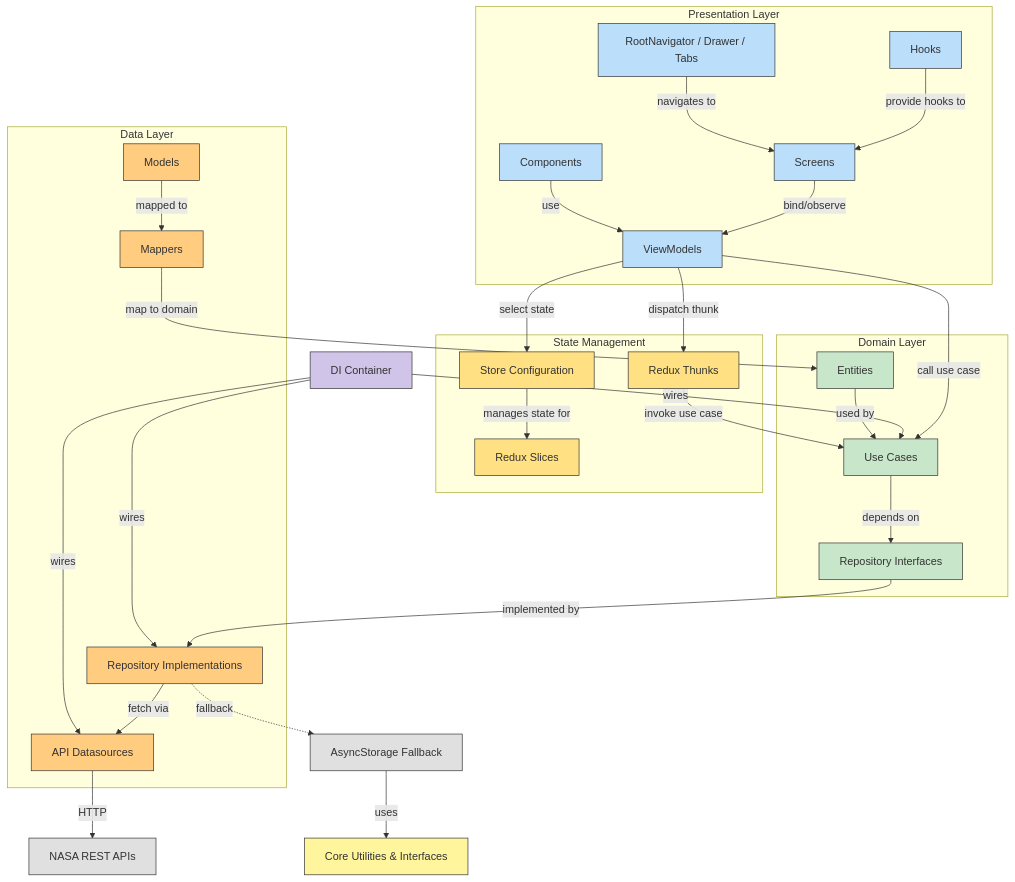
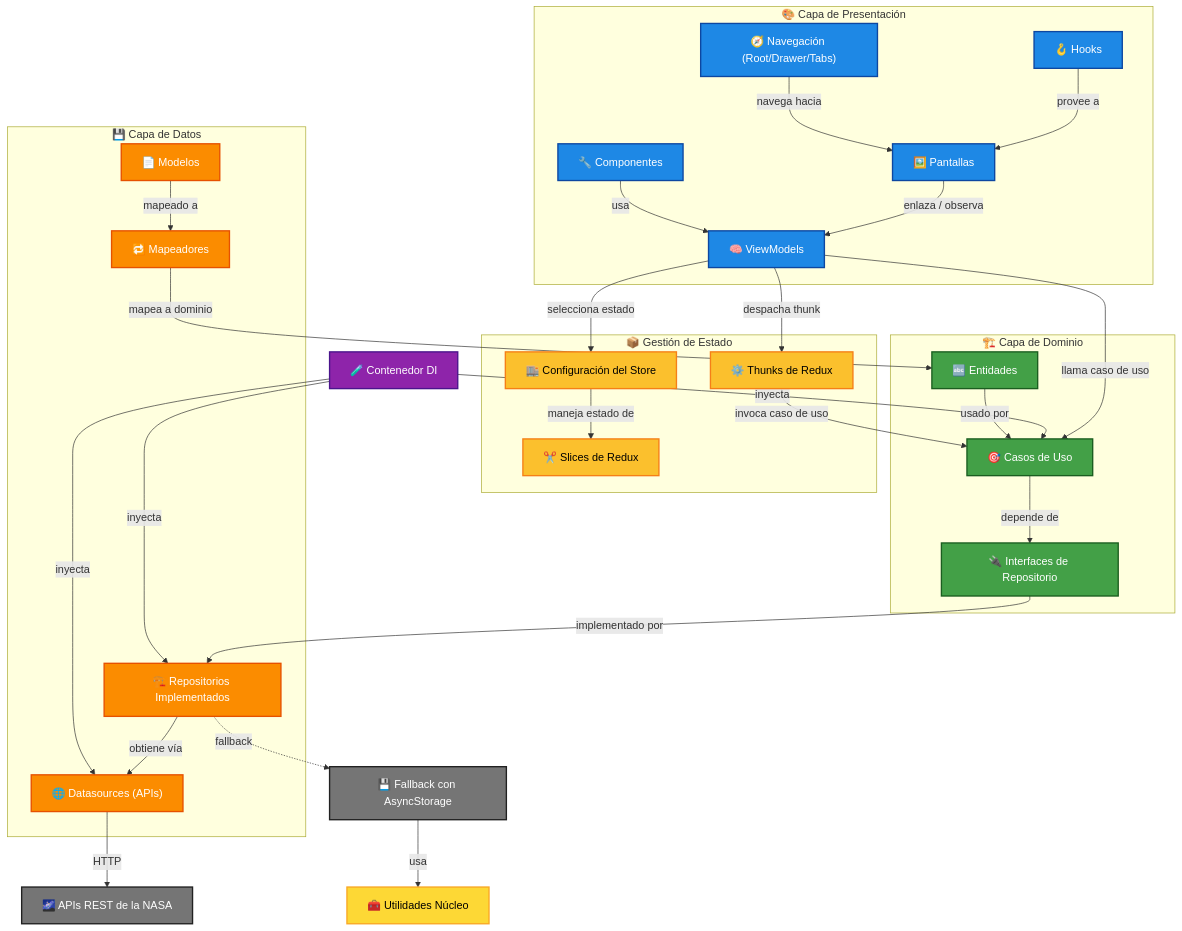
One commit to D4T4-DEV/App_nasa_examen changed the diagram in README.md. Above: the diagram before and after it, drawn with Mermaid.

````diff
--- a/README.md
+++ b/README.md
@@ -90,101 +90,87 @@
 ```mermaid
+---
+config:
+  layout: dagre
+---
+
 flowchart TB
-    %% Dependency Injection
-    DI["DI Container"]:::di
-    click DI "https://github.com/d4t4-dev/app_nasa_examen/blob/main/src/di/container.ts"
+    %% Inyección de Dependencias
+    DI["🧪 Contenedor DI"]:::di
 
-    %% Presentation Layer
-    subgraph Presentation Layer
-        PScreens["Screens"]:::presentation
-        PComponents["Components"]:::presentation
-        PViewModels["ViewModels"]:::presentation
-        PHooks["Hooks"]:::presentation
-        Navigator["RootNavigator / Drawer / Tabs"]:::presentation
+    %% Capa de Presentación
+    subgraph "🎨 Capa de Presentación"
+        Pantallas["🖼️ Pantallas"]:::presentation
+        Componentes["🔧 Componentes"]:::presentation
+        ViewModels["🧠 ViewModels"]:::presentation
+        Ganchos["🪝 Hooks"]:::presentation
+        Navegacion["🧭 Navegación (Root/Drawer/Tabs)"]:::presentation
     end
-    click PScreens "https://github.com/d4t4-dev/app_nasa_examen/tree/main/src/presentation/screens"
-    click PComponents "https://github.com/d4t4-dev/app_nasa_examen/tree/main/src/presentation/components"
-    click PViewModels "https://github.com/d4t4-dev/app_nasa_examen/tree/main/src/presentation/viewmodels"
-    click PHooks "https://github.com/d4t4-dev/app_nasa_examen/tree/main/src/presentation/hooks"
-    click Navigator "https://github.com/d4t4-dev/app_nasa_examen/tree/main/src/navigation"
 
-    %% State Management
-    subgraph "State Management"
-        Store["Store Configuration"]:::redux
-        Slices["Redux Slices"]:::redux
-        Thunks["Redux Thunks"]:::redux
+    %% Gestión de Estado
+    subgraph "📦 Gestión de Estado"
+        Tienda["🏬 Configuración del Store"]:::redux
+        Slices["✂️ Slices de Redux"]:::redux
+        Thunks["⚙️ Thunks de Redux"]:::redux
     end
-    click Store "https://github.com/d4t4-dev/app_nasa_examen/blob/main/src/store/store.ts"
-    click Slices "https://github.com/d4t4-dev/app_nasa_examen/tree/main/src/store/slices"
-    click Thunks "https://github.com/d4t4-dev/app_nasa_examen/tree/main/src/store/thunks"
 
-    %% Domain Layer
-    subgraph Domain Layer
-        Entities["Entities"]:::domain
-        RepoInterfaces["Repository Interfaces"]:::domain
-        UseCases["Use Cases"]:::domain
+    %% Capa de Dominio
+    subgraph "🏗️ Capa de Dominio"
+        Entidades["🔤 Entidades"]:::domain
+        InterfacesRepo["🔌 Interfaces de Repositorio"]:::domain
+        CasosUso["🎯 Casos de Uso"]:::domain
     end
-    click Entities "https://github.com/d4t4-dev/app_nasa_examen/tree/main/src/domain/entities"
-    click RepoInterfaces "https://github.com/d4t4-dev/app_nasa_examen/tree/main/src/domain/repositories"
-    click UseCases "https://github.com/d4t4-dev/app_nasa_examen/tree/main/src/domain/usecases"
 
-    %% Data Layer
-    subgraph Data Layer
-        Datasources["API Datasources"]:::data
-        Mappers["Mappers"]:::data
-        Models["Models"]:::data
-        RepoImpl["Repository Implementations"]:::data
+    %% Capa de Datos
+    subgraph "💾 Capa de Datos"
+        FuentesDatos["🌐 Datasources (APIs)"]:::data
+        Mapeadores["🔁 Mapeadores"]:::data
+        Modelos["📄 Modelos"]:::data
+        ReposImpl["🏗️ Repositorios Implementados"]:::data
     end
-    click Datasources "https://github.com/d4t4-dev/app_nasa_examen/tree/main/src/data/datasource"
-    click Mappers "https://github.com/d4t4-dev/app_nasa_examen/tree/main/src/data/mappers"
-    click Models "https://github.com/d4t4-dev/app_nasa_examen/tree/main/src/data/models"
-    click RepoImpl "https://github.com/d4t4-dev/app_nasa_examen/tree/main/src/data/repositories_impl"
 
-    %% Core & Services
-    Core["Core Utilities & Interfaces"]:::core
-    click Core "https://github.com/d4t4-dev/app_nasa_examen/tree/main/src/core"
-    Services["AsyncStorage Fallback"]:::external
-    click Services "https://github.com/d4t4-dev/app_nasa_examen/blob/main/src/services/storage.ts"
+    %% Núcleo y Servicios Externos
+    Nucleo["🧰 Utilidades Núcleo"]:::core
+    Servicios["💾 Fallback con AsyncStorage"]:::external
+    APIsNASA["🌌 APIs REST de la NASA"]:::external
 
-    %% External Services
-    NASAApis["NASA REST APIs"]:::external
+    %% Conexiones
+    Pantallas -->|"enlaza / observa"| ViewModels
+    Componentes -->|"usa"| ViewModels
+    Ganchos -->|"provee a"| Pantallas
+    Navegacion -->|"navega hacia"| Pantallas
 
-    %% Connections
-    PScreens -->|"bind/observe"| PViewModels
-    PComponents -->|"use"| PViewModels
-    PHooks -->|"provide hooks to"| PScreens
-    Navigator -->|"navigates to"| PScreens
+    ViewModels -->|"despacha thunk"| Thunks
+    ViewModels -->|"llama caso de uso"| CasosUso
 
-    PViewModels -->|"dispatch thunk"| Thunks
-    PViewModels -->|"call use case"| UseCases
+    Thunks -->|"invoca caso de uso"| CasosUso
+    Tienda -->|"maneja estado de"| Slices
+    ViewModels -->|"selecciona estado"| Tienda
 
-    Thunks -->|"invoke use case"| UseCases
-    Store -->|"manages state for"| Slices
-    PViewModels -->|"select state"| Store
+    CasosUso -->|"depende de"| InterfacesRepo
 
-    UseCases -->|"depends on"| RepoInterfaces
+    InterfacesRepo -->|"implementado por"| ReposImpl
+    ReposImpl -->|"obtiene vía"| FuentesDatos
+    FuentesDatos -->|"HTTP"| APIsNASA
 
-    RepoInterfaces -->|"implemented by"| RepoImpl
-    RepoImpl -->|"fetch via"| Datasources
-    Datasources -->|"HTTP"| NASAApis
+    ReposImpl -.->|"fallback"| Servicios
+    Servicios -->|"usa"| Nucleo
 
-    RepoImpl -.->|"fallback"| Services
-    Services -->|"uses"| Core
+    DI -->|"inyecta"| CasosUso
+    DI -->|"inyecta"| ReposImpl
+    DI -->|"inyecta"| FuentesDatos
 
-    DI -->|"wires"| UseCases
-    DI -->|"wires"| RepoImpl
-    DI -->|"wires"| Datasources
+    %% Mapeo de Datos
+    Modelos -->|"mapeado a"| Mapeadores
+    Mapeadores -->|"mapea a dominio"| Entidades
+    Entidades -->|"usado por"| CasosUso
 
-    %% New: Data Mapping
-    Models -->|"mapped to"| Mappers
-    Mappers -->|"map to domain"| Entities
-    Entities -->|"used by"| UseCases
+    %% Estilos de clase con colores vivos
+    classDef presentation fill:#1E88E5,stroke:#0D47A1,color:#fff,stroke-width:2px
+    classDef redux fill:#FBC02D,stroke:#F57F17,color:#000,stroke-width:2px
+    classDef domain fill:#43A047,stroke:#1B5E20,color:#fff,stroke-width:2px
+    classDef data fill:#FB8C00,stroke:#E65100,color:#fff,stroke-width:2px
+    classDef external fill:#757575,stroke:#212121,color:#fff,stroke-width:2px
+    classDef core fill:#FDD835,stroke:#F9A825,color:#000,stroke-width:2px
+    classDef di fill:#8E24AA,stroke:#4A148C,color:#fff,stroke-width:2px
 
-    %% Class Definitions
-    classDef presentation fill:#BBDEFB,stroke:#333,stroke-width:1px
-    classDef redux fill:#FFE082,stroke:#333,stroke-width:1px
-    classDef domain fill:#C8E6C9,stroke:#333,stroke-width:1px
-    classDef data fill:#FFCC80,stroke:#333,stroke-width:1px
-    classDef external fill:#E0E0E0,stroke:#333,stroke-width:1px
-    classDef core fill:#FFF59D,stroke:#333,stroke-width:1px
-    classDef di fill:#D1C4E9,stroke:#333,stroke-width:1px
 ```
````
